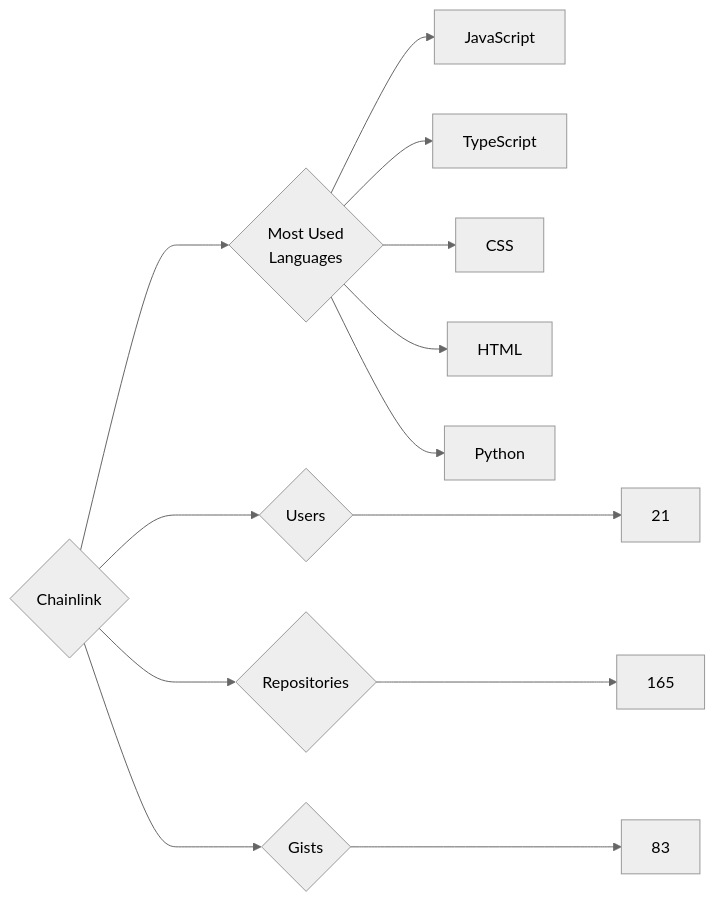
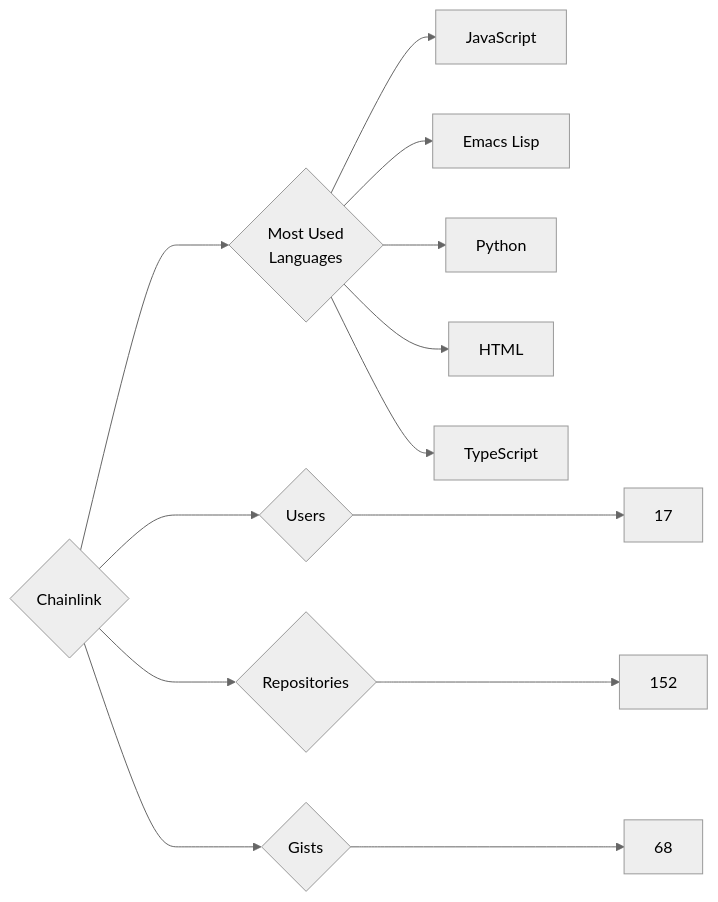
The diagram in targets/Chainlink/README.md (trickest/insiders), drawn with Mermaid (neutral theme) before and after one commit. The commit also changed 611 other files, not shown here.

````diff
--- a/targets/Chainlink/README.md
+++ b/targets/Chainlink/README.md
@@ -3,13 +3,13 @@
 ```mermaid
 graph LR
 COMPANY_NAME{Chainlink}
-COMPANY_NAME ---> U{Users} ---> UN[21]
-COMPANY_NAME ---> R{Repositories} ---> RN[165]
-COMPANY_NAME ---> G{Gists} ---> GN[83]
+COMPANY_NAME ---> U{Users} ---> UN[17]
+COMPANY_NAME ---> R{Repositories} ---> RN[152]
+COMPANY_NAME ---> G{Gists} ---> GN[68]
 COMPANY_NAME ---> ML{Most Used<br>Languages}
 ML --> JavaScript[JavaScript]
+ML --> Emacs_Lisp[Emacs Lisp]
+ML --> Python[Python]
+ML --> HTML[HTML]
 ML --> TypeScript[TypeScript]
-ML --> CSS[CSS]
-ML --> HTML[HTML]
-ML --> Python[Python]
 ```
````
